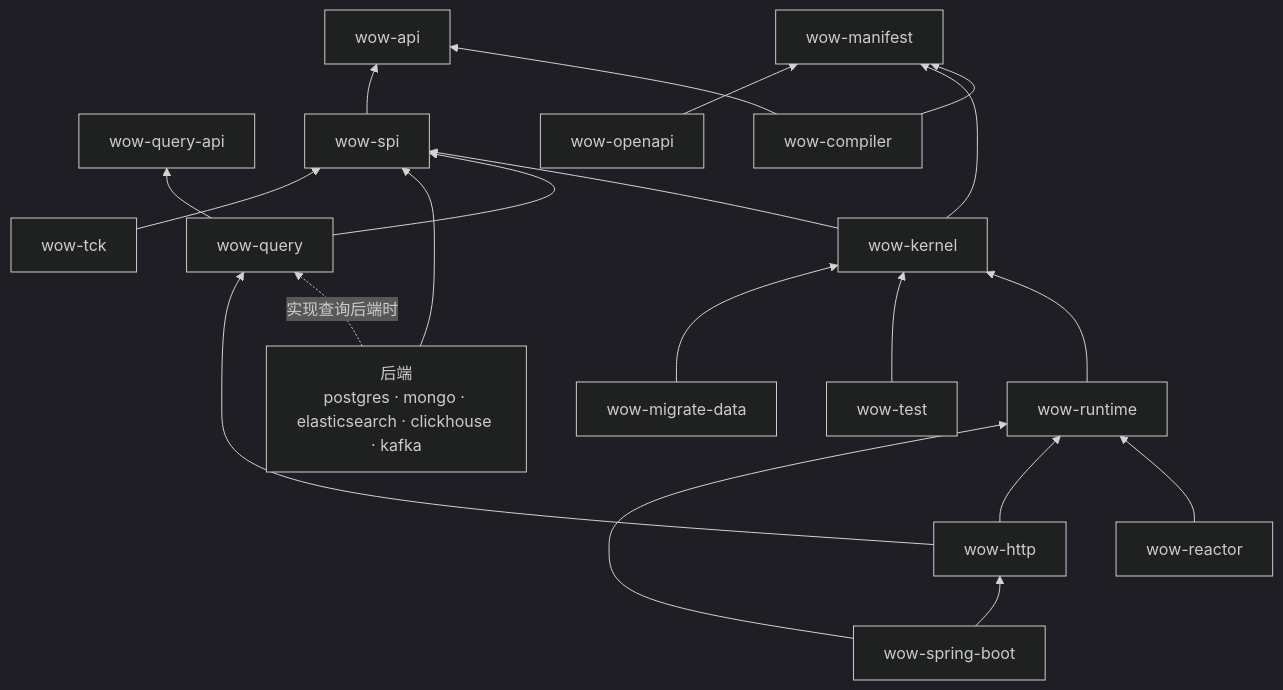
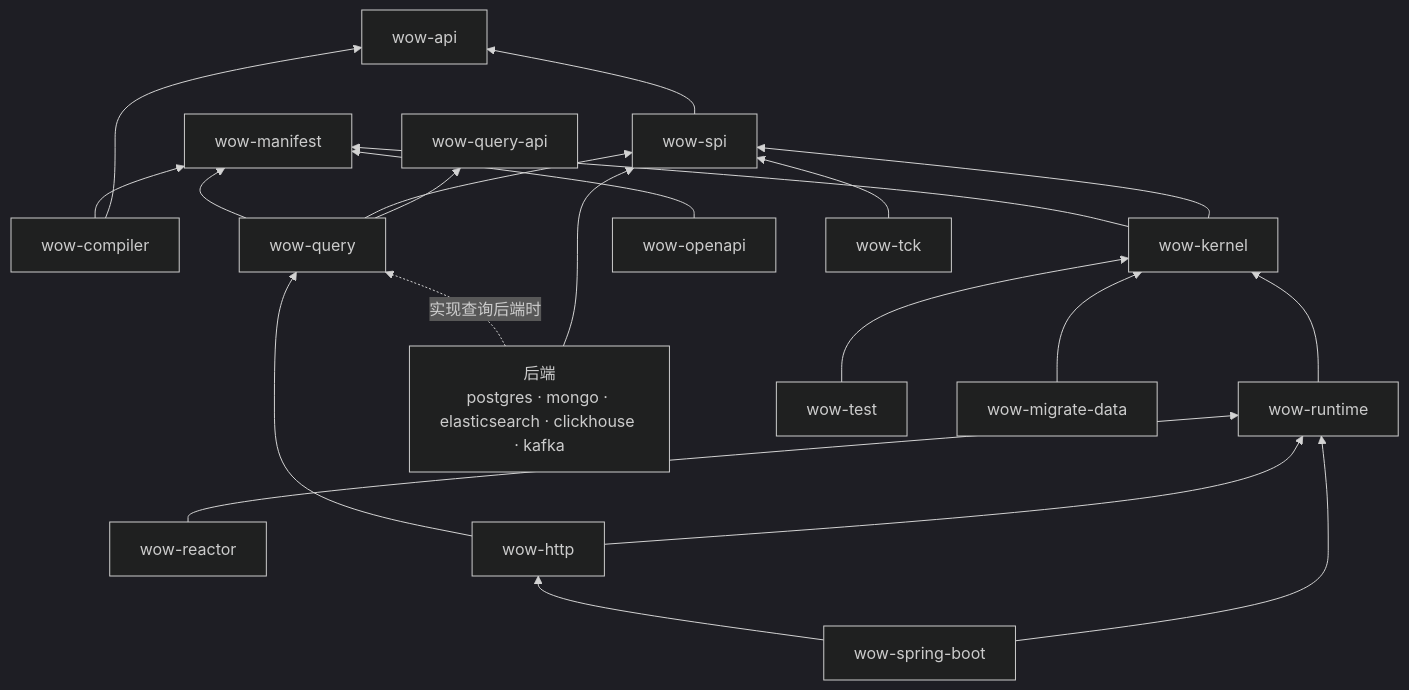
Before and after one commit to Ahoo-Wang/Wow: the diagram in documentation/designs/v10/06-modules.md, drawn with Mermaid (dark theme). The commit also changed other lines of this file and 8 other files, not shown here.

````diff
--- a/documentation/designs/v10/06-modules.md
+++ b/documentation/designs/v10/06-modules.md
@@ -86,20 +88,20 @@
 ```mermaid
 flowchart BT
     API[wow-api]
     QAPI[wow-query-api]
     MAN[wow-manifest]
     COMP[wow-compiler] --> API & MAN
     SPI[wow-spi] --> API
     KER[wow-kernel] --> SPI & MAN
     RT[wow-runtime] --> KER
     RX[wow-reactor] --> RT
-    Q[wow-query] --> QAPI & SPI
+    Q[wow-query] --> QAPI & SPI & MAN
     BE[后端<br/>postgres · mongo · elasticsearch · clickhouse · kafka] --> SPI
     BE -. 实现查询后端时 .-> Q
     HTTP[wow-http] --> RT & Q
     OAPI[wow-openapi] --> MAN
     HOST[wow-spring-boot] --> RT & HTTP
     TEST[wow-test] --> KER
     TCK[wow-tck] --> SPI
     MIG[wow-migrate-data] --> KER
 ```
````
